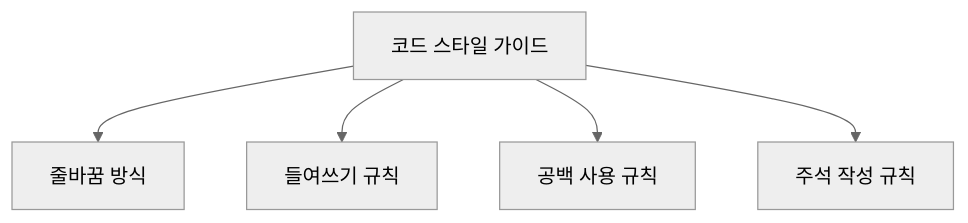
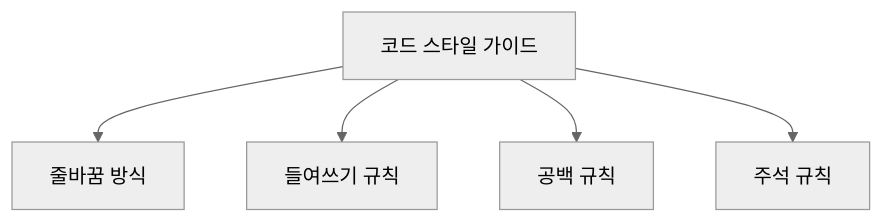
One commit to 42jerrykim/42jerrykim.github.io changed the seventh of 8 diagrams in content/post/2024/2024-10-15-crlf/index.md. Above: the diagram before and after it, drawn with Mermaid (neutral theme). The commit also changed other lines of this file and 239 other files, not shown here.

````diff
--- a/content/post/2024/2024-10-15-crlf/index.md
+++ b/content/post/2024/2024-10-15-crlf/index.md
@@ -520,7 +370,12 @@
 ```mermaid
-graph TD;
-    A[코드 스타일 가이드] --> B[줄바꿈 방식]
-    A --> C[들여쓰기 규칙]
-    A --> D[공백 사용 규칙]
-    A --> E[주석 작성 규칙]
+graph TD
+    CodeStyle["코드 스타일 가이드"]
+    EolStyle["줄바꿈 방식"]
+    IndentRule["들여쓰기 규칙"]
+    SpaceRule["공백 규칙"]
+    CommentRule["주석 규칙"]
+    CodeStyle --> EolStyle
+    CodeStyle --> IndentRule
+    CodeStyle --> SpaceRule
+    CodeStyle --> CommentRule
 ```
````
